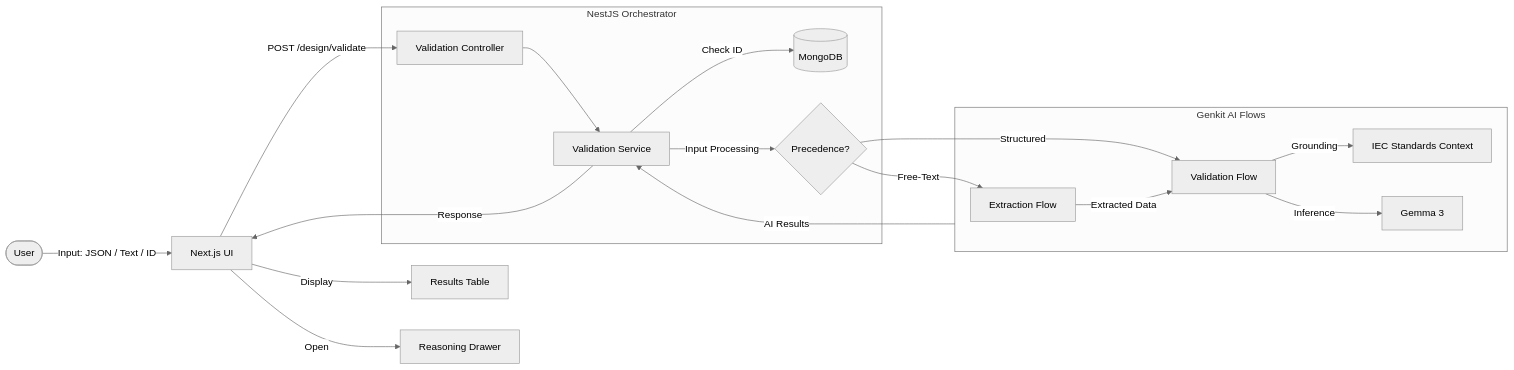
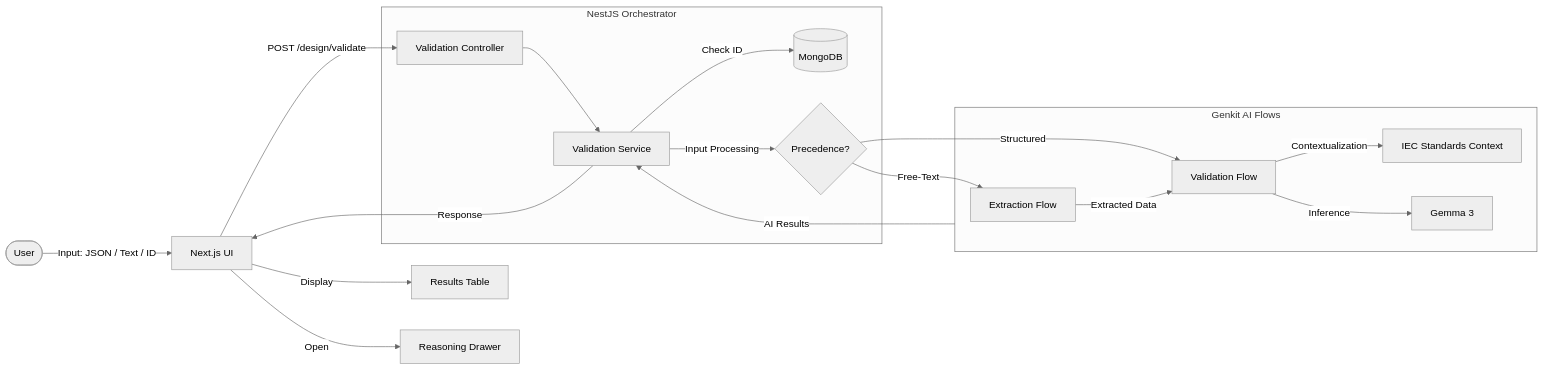
The diagram in README.md (FlemingJohn/Volta), drawn with Mermaid (neutral theme) before and after one commit. The commit also changed other lines of this file and 3 other files, not shown here.

Commit message:
docs: update the architect and improve the system prompt

````diff
--- a/README.md
+++ b/README.md
@@ -18,24 +24,24 @@
 ```mermaid
 graph LR
     User([User]) -->|Input: JSON / Text / ID| UI[Next.js UI]
     UI -->|POST /design/validate| API[Validation Controller]
     
     subgraph Backend [NestJS Orchestrator]
         API --> Service[Validation Service]
         Service -->|Check ID| DB[(MongoDB)]
         Service -->|Input Processing| Logic{Precedence?}
     end
 
     subgraph Genkit [Genkit AI Flows]
         Logic -->|Free-Text| Extract[Extraction Flow]
         Logic -->|Structured| Validate[Validation Flow]
         Extract -->|Extracted Data| Validate
-        Validate -->|Grounding| Standards[IEC Standards Context]
+        Validate -->|Contextualization| Standards[IEC Standards Context]
         Validate -->|Inference| LLM[Gemma 3]
     end
 
     Genkit -->|AI Results| Service
     Service -->|Response| UI
     UI -->|Display| Table[Results Table]
     UI -->|Open| Drawer[Reasoning Drawer]
 ```
````
